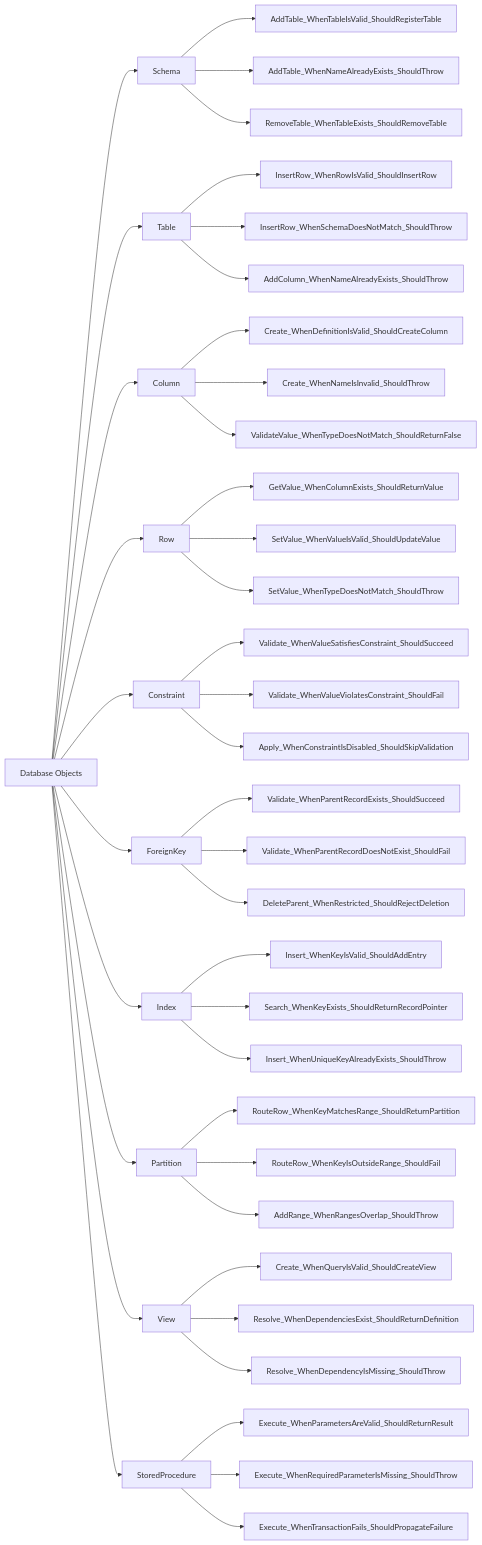
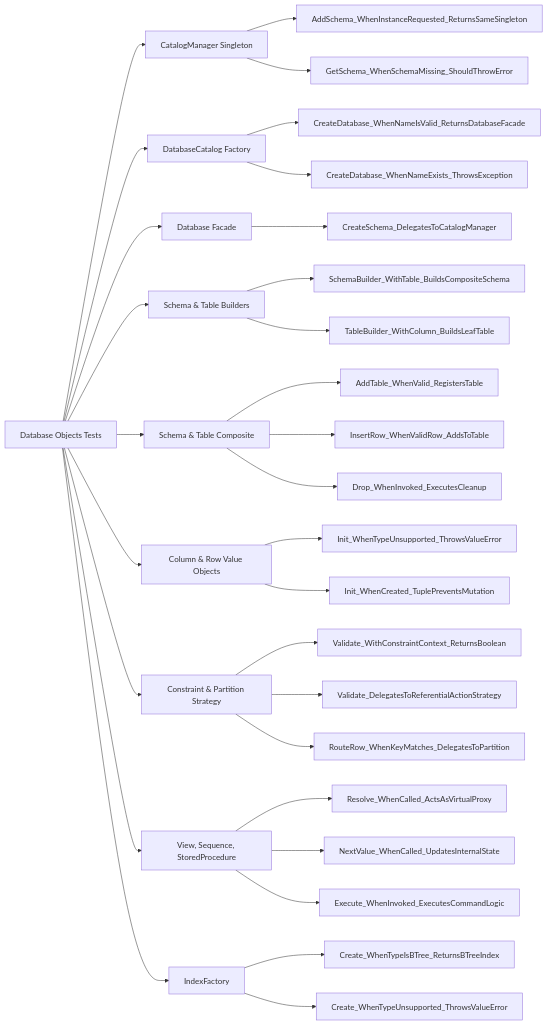
One commit to Ricky13170/bbv_DBMS changed the first of 2 diagrams in docs/database_objects/database_objects_test_cases.md. Above: the diagram before and after it, drawn with Mermaid. The commit also changed 1 other file, not shown here.

Commit message:
update flowchart, singleton

````diff
--- a/docs/database_objects/database_objects_test_cases.md
+++ b/docs/database_objects/database_objects_test_cases.md
@@ -7,52 +7,49 @@
 ```mermaid
 flowchart LR
-    Subsystem[Database Objects] --> Schema
-    Schema --> AddTable_WhenTableIsValid_ShouldRegisterTable
-    Schema --> AddTable_WhenNameAlreadyExists_ShouldThrow
-    Schema --> RemoveTable_WhenTableExists_ShouldRemoveTable
+    Subsystem[Database Objects Tests]
     
-    Subsystem --> Table
-    Table --> InsertRow_WhenRowIsValid_ShouldInsertRow
-    Table --> InsertRow_WhenSchemaDoesNotMatch_ShouldThrow
-    Table --> AddColumn_WhenNameAlreadyExists_ShouldThrow
+    %% Core Management Tests
+    Subsystem --> CM[CatalogManager Singleton]
+    CM --> CM_Singleton[AddSchema_WhenInstanceRequested_ReturnsSameSingleton]
+    CM --> CM_State[GetSchema_WhenSchemaMissing_ShouldThrowError]
     
-    Subsystem --> Column
-    Column --> Create_WhenDefinitionIsValid_ShouldCreateColumn
-    Column --> Create_WhenNameIsInvalid_ShouldThrow
-    Column --> ValidateValue_WhenTypeDoesNotMatch_ShouldReturnFalse
+    Subsystem --> DC[DatabaseCatalog Factory]
+    DC --> DC_Create[CreateDatabase_WhenNameIsValid_ReturnsDatabaseFacade]
+    DC --> DC_Conflict[CreateDatabase_WhenNameExists_ThrowsException]
     
-    Subsystem --> Row
-    Row --> GetValue_WhenColumnExists_ShouldReturnValue
-    Row --> SetValue_WhenValueIsValid_ShouldUpdateValue
-    Row --> SetValue_WhenTypeDoesNotMatch_ShouldThrow
+    Subsystem --> Facade[Database Facade]
+    Facade --> DB_CreateSchema[CreateSchema_DelegatesToCatalogManager]
     
-    Subsystem --> Constraint
-    Constraint --> Validate_WhenValueSatisfiesConstraint_ShouldSucceed
-    Constraint --> Validate_WhenValueViolatesConstraint_ShouldFail
-    Constraint --> Apply_WhenConstraintIsDisabled_ShouldSkipValidation
+    %% Builder Tests
+    Subsystem --> Builders[Schema & Table Builders]
+    Builders --> BuildSchema[SchemaBuilder_WithTable_BuildsCompositeSchema]
+    Builders --> BuildTable[TableBuilder_WithColumn_BuildsLeafTable]
     
-    Subsystem --> ForeignKey
-    ForeignKey --> Validate_WhenParentRecordExists_ShouldSucceed
-    ForeignKey --> Validate_WhenParentRecordDoesNotExist_ShouldFail
-    ForeignKey --> DeleteParent_WhenRestricted_ShouldRejectDeletion
+    %% Composite Tests
+    Subsystem --> Composite[Schema & Table Composite]
+    Composite --> Schema_AddTable[AddTable_WhenValid_RegistersTable]
+    Composite --> Table_InsertRow[InsertRow_WhenValidRow_AddsToTable]
+    Composite --> DDL_Drop[Drop_WhenInvoked_ExecutesCleanup]
     
-    Subsystem --> Index
-    Index --> Insert_WhenKeyIsValid_ShouldAddEntry
-    Index --> Search_WhenKeyExists_ShouldReturnRecordPointer
-    Index --> Insert_WhenUniqueKeyAlreadyExists_ShouldThrow
+    %% Value Object Tests
+    Subsystem --> VO[Column & Row Value Objects]
+    VO --> Col_InvalidType[Init_WhenTypeUnsupported_ThrowsValueError]
+    VO --> Row_Immutability[Init_WhenCreated_TuplePreventsMutation]
     
-    Subsystem --> Partition
-    Partition --> RouteRow_WhenKeyMatchesRange_ShouldReturnPartition
-    Partition --> RouteRow_WhenKeyIsOutsideRange_ShouldFail
-    Partition --> AddRange_WhenRangesOverlap_ShouldThrow
+    %% Strategy Tests
+    Subsystem --> Strategy[Constraint & Partition Strategy]
+    Strategy --> Ctx_Strategy[Validate_WithConstraintContext_ReturnsBoolean]
+    Strategy --> FK_Strategy[Validate_DelegatesToReferentialActionStrategy]
+    Strategy --> Routing[RouteRow_WhenKeyMatches_DelegatesToPartition]
     
-    Subsystem --> View
-    View --> Create_WhenQueryIsValid_ShouldCreateView
-    View --> Resolve_WhenDependenciesExist_ShouldReturnDefinition
-    View --> Resolve_WhenDependencyIsMissing_ShouldThrow
+    %% Behavior Pattern Tests
+    Subsystem --> Behaviors[View, Sequence, StoredProcedure]
+    Behaviors --> View_Proxy[Resolve_WhenCalled_ActsAsVirtualProxy]
+    Behaviors --> Seq_State[NextValue_WhenCalled_UpdatesInternalState]
+    Behaviors --> Proc_Command[Execute_WhenInvoked_ExecutesCommandLogic]
     
-    Subsystem --> StoredProcedure
-    StoredProcedure --> Execute_WhenParametersAreValid_ShouldReturnResult
-    StoredProcedure --> Execute_WhenRequiredParameterIsMissing_ShouldThrow
-    StoredProcedure --> Execute_WhenTransactionFails_ShouldPropagateFailure
+    %% Factory Tests
+    Subsystem --> Factory[IndexFactory]
+    Factory --> Idx_Create[Create_WhenTypeIsBTree_ReturnsBTreeIndex]
+    Factory --> Idx_Unsupported[Create_WhenTypeUnsupported_ThrowsValueError]
 ```
````
